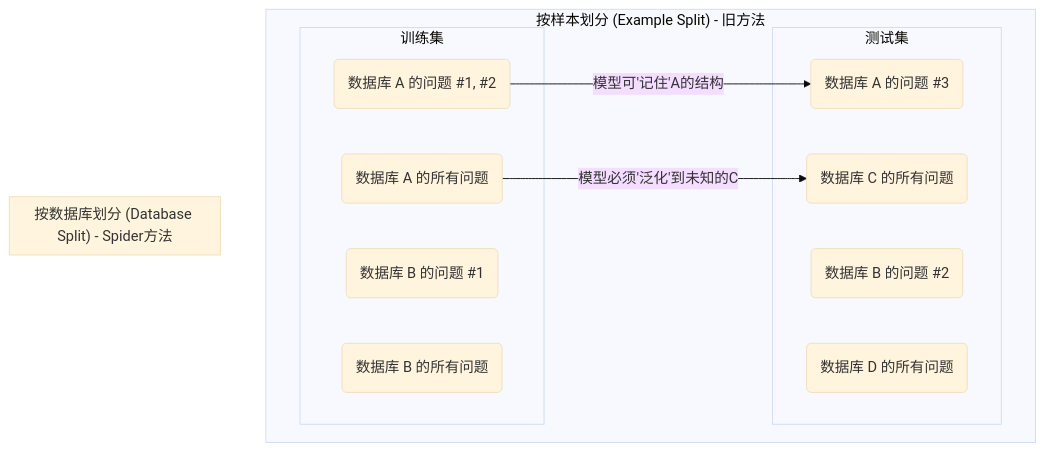
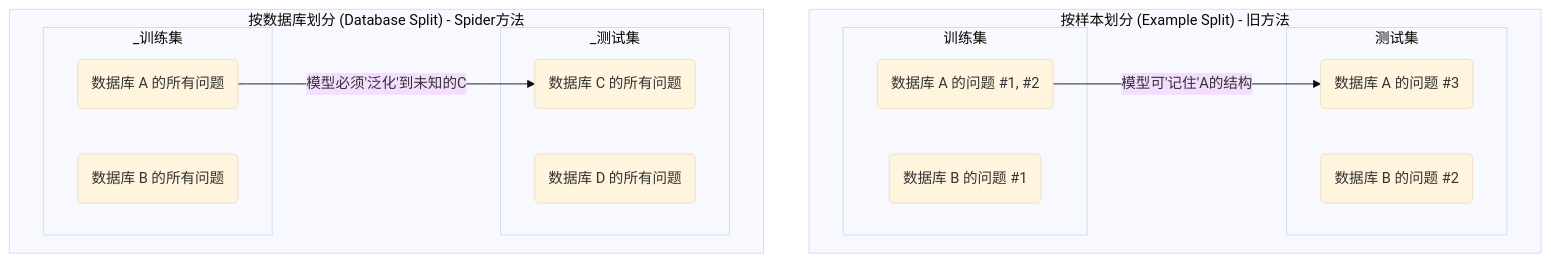
The sixth of 6 diagrams in 202506/20250619_01.md (digoal/blog), drawn with Mermaid (base theme) before and after one commit. The commit also changed other lines of this file, not shown here.

````diff
--- a/202506/20250619_01.md
+++ b/202506/20250619_01.md
@@ -372,28 +372,28 @@
 ```mermaid
 graph TD
     subgraph "按样本划分 (Example Split) - 旧方法"
         direction LR
         subgraph "训练集"
             Train_DBA("数据库 A 的问题 #1, #2")
             Train_DBB("数据库 B 的问题 #1")
         end
         subgraph "测试集"
             Test_DBA("数据库 A 的问题 #3")
             Test_DBB("数据库 B 的问题 #2")
         end
         Train_DBA -- "模型可'记住'A的结构" --> Test_DBA
     end
 
     subgraph "按数据库划分 (Database Split) - Spider方法"
         direction LR
-        subgraph "训练集"
+        subgraph "_训练集"
             DB_A("数据库 A 的所有问题")
             DB_B("数据库 B 的所有问题")
         end
-        subgraph "测试集"
+        subgraph "_测试集"
             DB_C("数据库 C 的所有问题")
             DB_D("数据库 D 的所有问题")
         end
         DB_A -- "模型必须'泛化'到未知的C" --> DB_C
     end
 ```
````
